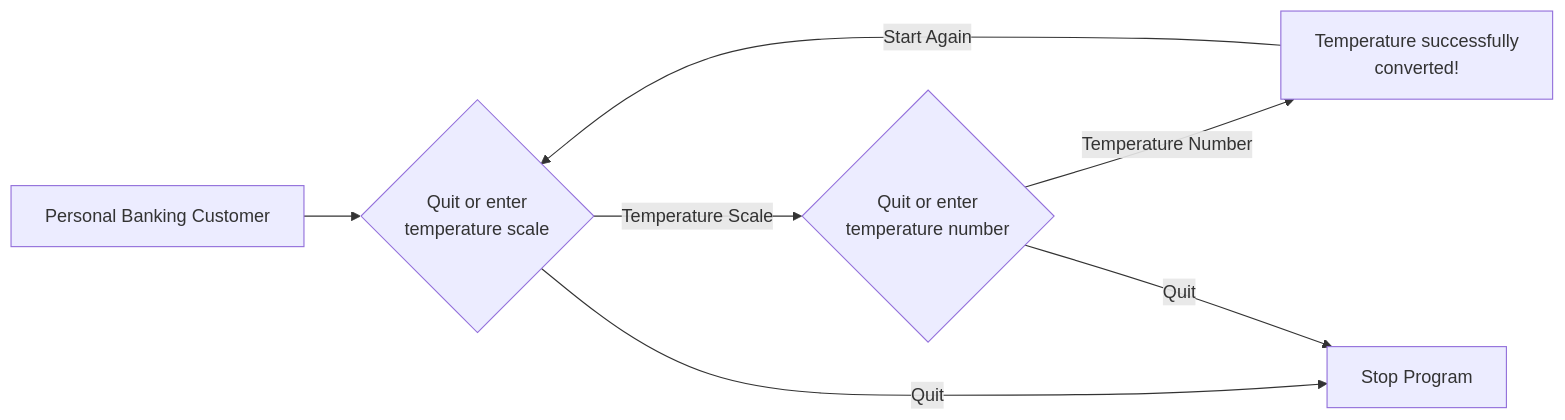
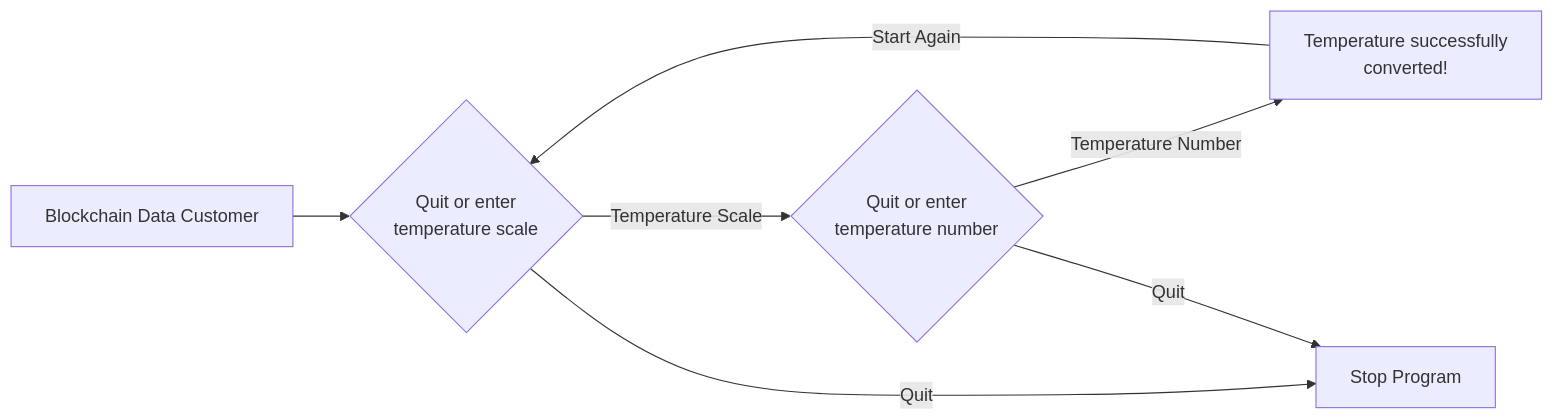
One commit to patmcfarland/one changed the diagram in README.md. Above: the diagram before and after it, drawn with Mermaid.

````diff
--- a/README.md
+++ b/README.md
@@ -1,9 +1,9 @@
 ```mermaid
 flowchart LR
-A[Personal Banking Customer] -->B{Quit or  enter<br>temperature scale}
+A[Blockchain Data Customer] -->B{Quit or  enter<br>temperature scale}
 B -- Temperature Scale --> C{Quit or enter<br>temperature number} 
 C -- Temperature Number --> D[Temperature successfully<br>converted!] 
 D -- Start Again -->B
 B -- Quit --> E[Stop Program]
 C -- Quit --> E
 ```
````
